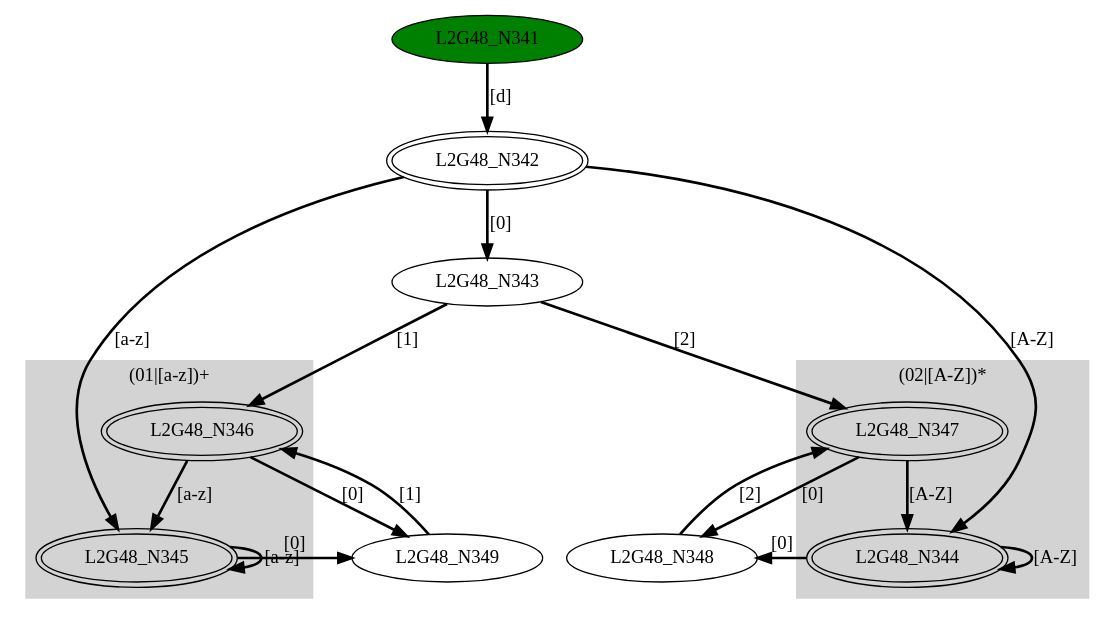
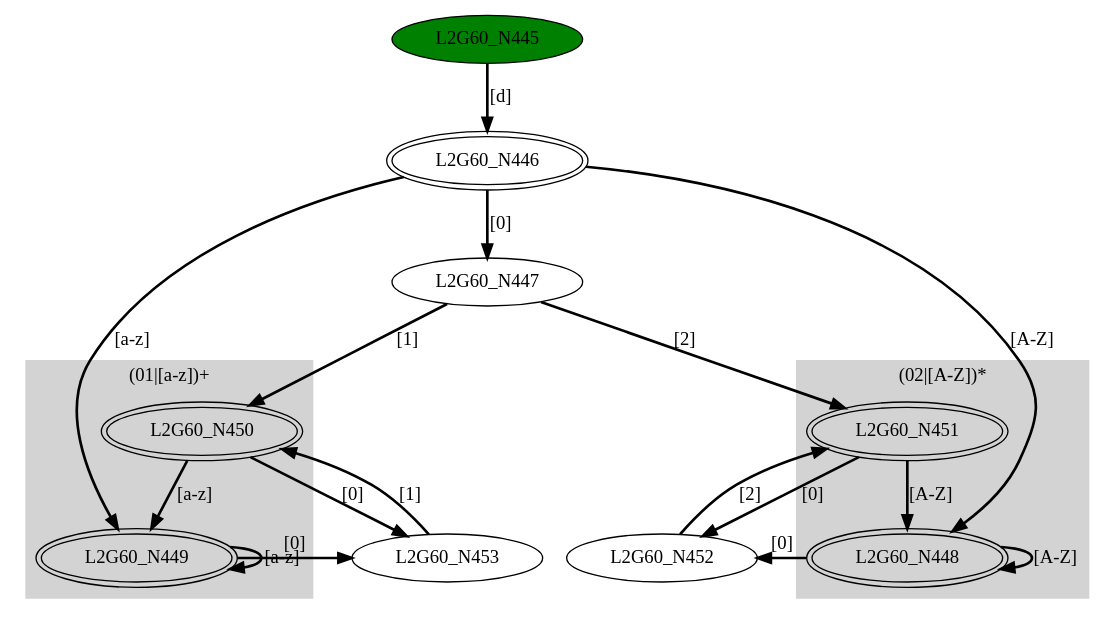
One commit to GDimitroulakos/EDUFLEX changed the diagram in DFASimulator/Testbench/mergeDFA2.dot. Above: the diagram before and after it, drawn with Graphviz. The commit also changed 51 other files, not shown here.

```diff
--- a/DFASimulator/Testbench/mergeDFA2.dot
+++ b/DFASimulator/Testbench/mergeDFA2.dot
@@ -1,39 +1,39 @@
-digraph G48{
+digraph G60{
 	subgraph cluster2 {
 		node [style=filled];
 		style=filled;
 		color=lightgrey;
 		label ="(02|[A-Z])*";
-		L2G48_N344;L2G48_N347;
+		L2G60_N448;L2G60_N451;
 	}	subgraph cluster1 {
 		node [style=filled];
 		style=filled;
 		color=lightgrey;
 		label ="(01|[a-z])+";
-		L2G48_N345;L2G48_N346;
-	}"L2G48_N341" [style=filled,fillcolor=green];
-"L2G48_N342" [peripheries=2];
-"L2G48_N343";
-"L2G48_N344" [peripheries=2];
-"L2G48_N345" [peripheries=2];
-"L2G48_N346" [peripheries=2];
-"L2G48_N347" [peripheries=2];
-"L2G48_N348";
-"L2G48_N349";
-"L2G48_N341"->"L2G48_N342" [style = bold, label = "[d]"];
-"L2G48_N342"->"L2G48_N343" [style = bold, label = "[0]"];
-"L2G48_N342"->"L2G48_N344" [style = bold, label = "[A-Z]"];
-"L2G48_N342"->"L2G48_N345" [style = bold, label = "[a-z]"];
-"L2G48_N343"->"L2G48_N346" [style = bold, label = "[1]"];
-"L2G48_N343"->"L2G48_N347" [style = bold, label = "[2]"];
-"L2G48_N344"->"L2G48_N348" [style = bold, label = "[0]"];
-"L2G48_N344"->"L2G48_N344" [style = bold, label = "[A-Z]"];
-"L2G48_N345"->"L2G48_N349" [style = bold, label = "[0]"];
-"L2G48_N345"->"L2G48_N345" [style = bold, label = "[a-z]"];
-"L2G48_N346"->"L2G48_N349" [style = bold, label = "[0]"];
-"L2G48_N346"->"L2G48_N345" [style = bold, label = "[a-z]"];
-"L2G48_N347"->"L2G48_N348" [style = bold, label = "[0]"];
-"L2G48_N347"->"L2G48_N344" [style = bold, label = "[A-Z]"];
-"L2G48_N348"->"L2G48_N347" [style = bold, label = "[2]"];
-"L2G48_N349"->"L2G48_N346" [style = bold, label = "[1]"];
+		L2G60_N449;L2G60_N450;
+	}"L2G60_N445" [style=filled,fillcolor=green];
+"L2G60_N446" [peripheries=2];
+"L2G60_N447";
+"L2G60_N448" [peripheries=2];
+"L2G60_N449" [peripheries=2];
+"L2G60_N450" [peripheries=2];
+"L2G60_N451" [peripheries=2];
+"L2G60_N452";
+"L2G60_N453";
+"L2G60_N445"->"L2G60_N446" [style = bold, label = "[d]"];
+"L2G60_N446"->"L2G60_N447" [style = bold, label = "[0]"];
+"L2G60_N446"->"L2G60_N448" [style = bold, label = "[A-Z]"];
+"L2G60_N446"->"L2G60_N449" [style = bold, label = "[a-z]"];
+"L2G60_N447"->"L2G60_N450" [style = bold, label = "[1]"];
+"L2G60_N447"->"L2G60_N451" [style = bold, label = "[2]"];
+"L2G60_N448"->"L2G60_N452" [style = bold, label = "[0]"];
+"L2G60_N448"->"L2G60_N448" [style = bold, label = "[A-Z]"];
+"L2G60_N449"->"L2G60_N453" [style = bold, label = "[0]"];
+"L2G60_N449"->"L2G60_N449" [style = bold, label = "[a-z]"];
+"L2G60_N450"->"L2G60_N453" [style = bold, label = "[0]"];
+"L2G60_N450"->"L2G60_N449" [style = bold, label = "[a-z]"];
+"L2G60_N451"->"L2G60_N452" [style = bold, label = "[0]"];
+"L2G60_N451"->"L2G60_N448" [style = bold, label = "[A-Z]"];
+"L2G60_N452"->"L2G60_N451" [style = bold, label = "[2]"];
+"L2G60_N453"->"L2G60_N450" [style = bold, label = "[1]"];
 }
```
